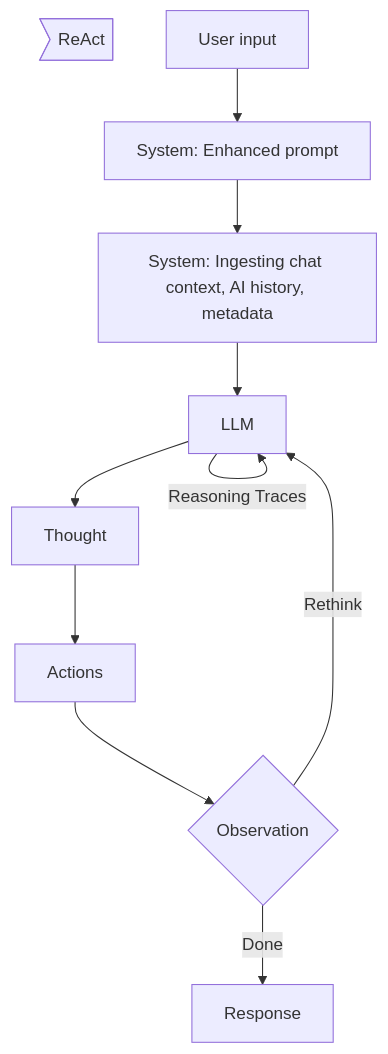
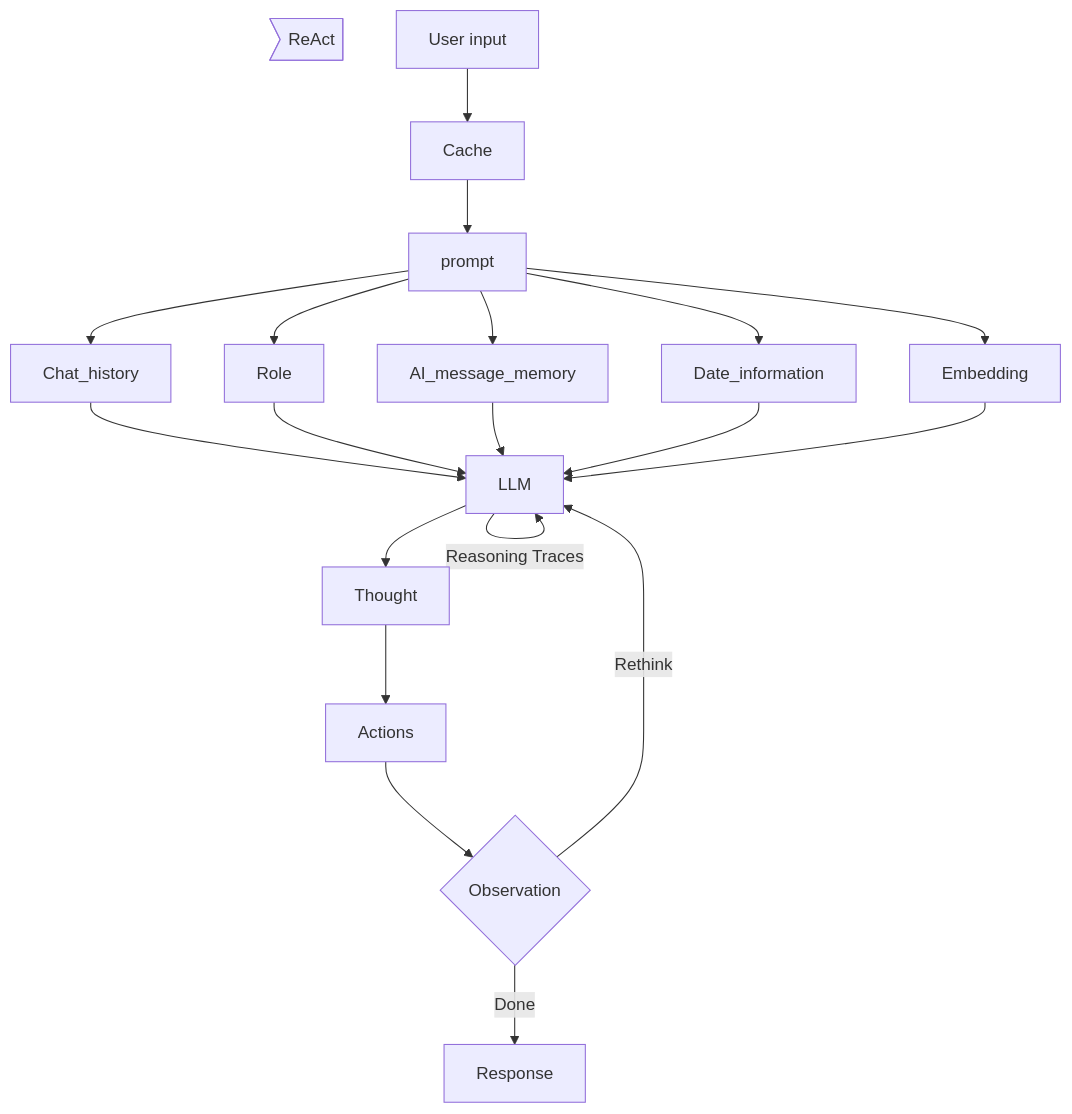
One commit to R06942143/chatgpt-server changed the diagram in README.md. Above: the diagram before and after it, drawn with Mermaid.

Commit message:
chore: update ReAct README.md

````diff
--- a/README.md
+++ b/README.md
@@ -3,14 +3,22 @@
 ```mermaid
 graph TD
     label>ReAct]
-    A[User input] --> B[System: Enhanced prompt];
-    B --> C[System: Ingesting chat context, AI history, metadata];
-    C --> D[LLM];
+    A[User input] --> Cache[Cache]
+    Cache --> B[prompt]
+    B --> Chat_history[Chat_history]
+    B --> Role[Role]
+    B --> AI_message_memory[AI_message_memory]
+    B --> Date_information[Date_information]
+    B --> Embedding[Embedding]
+    Chat_history --> D[LLM]
+    Role --> D
+    AI_message_memory --> D
+    Date_information --> D
+    Embedding --> D
     D -->|Reasoning Traces| D
     D --> E[Thought]
     E --> F[Actions]
     F --> G{Observation}
     G -->|Done| H[Response]
     G -->|Rethink| D
-
 ```
````
